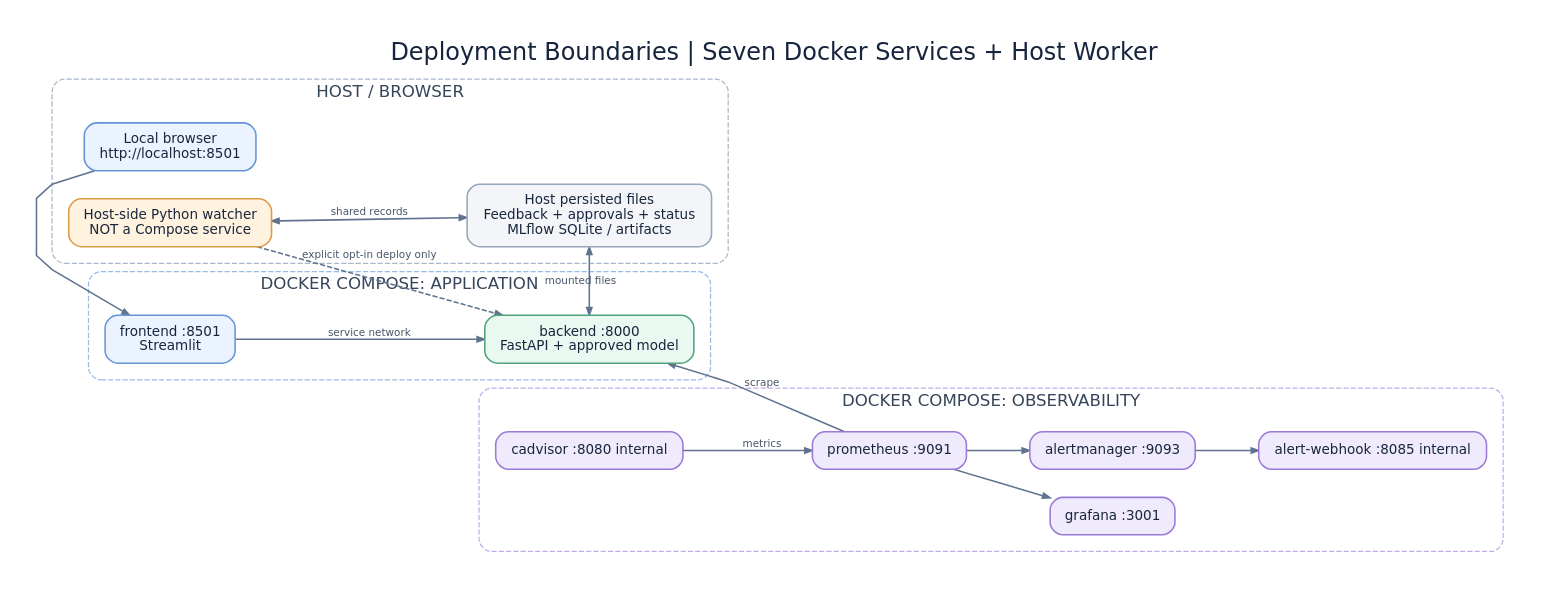
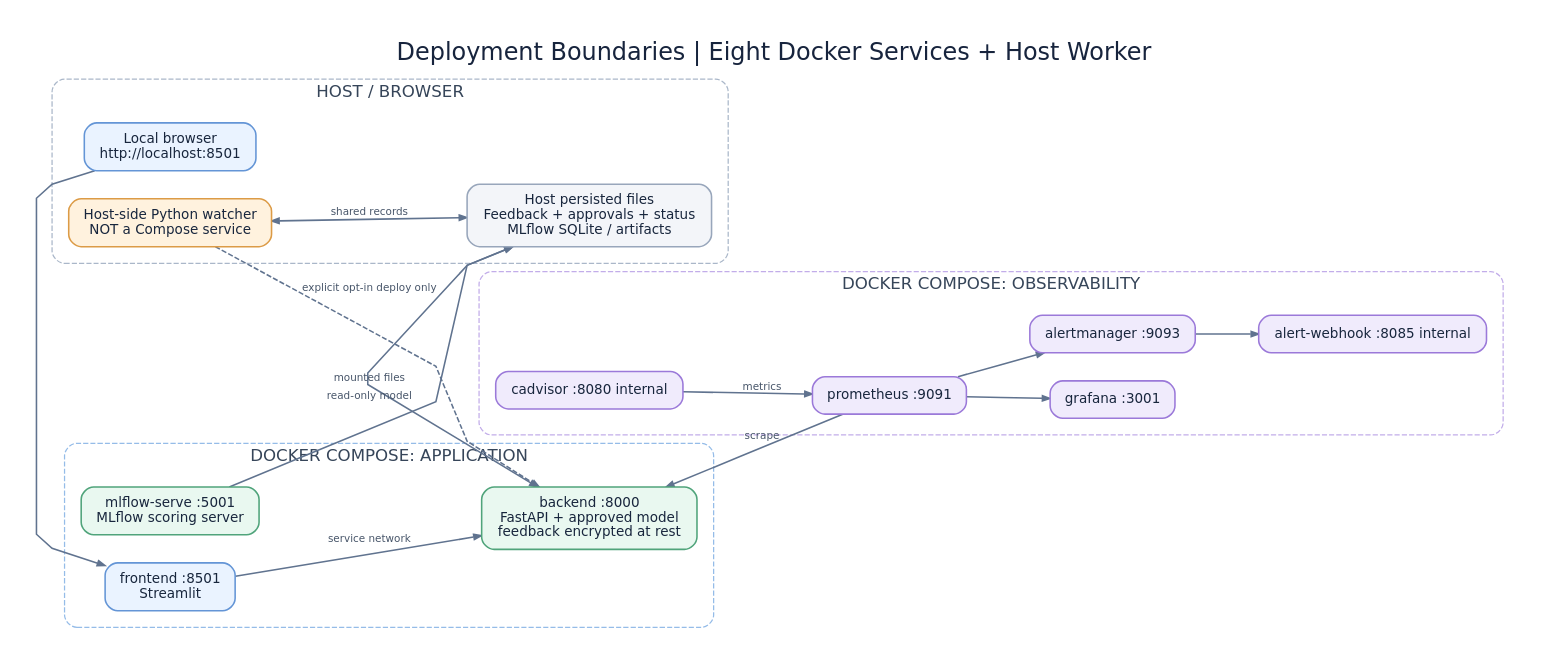
The diagram in architecture_diagrams/07_Docker_Deployment.dot (keerthi-2007/fraud-risk-monitor), drawn with Graphviz before and after one commit. The commit also changed 14 other files, not shown here.

Commit message:
Update HLD, LLD, architecture, user manual, test report and diagrams for encryption, Spark transform, MLflow serving

```diff
--- a/architecture_diagrams/07_Docker_Deployment.dot
+++ b/architecture_diagrams/07_Docker_Deployment.dot
@@ -1,33 +1,36 @@
 digraph G {
  graph [rankdir=LR, splines=polyline, bgcolor="white", labelloc=t, fontname="DejaVu Sans", fontsize=23, fontcolor="#17243D", pad="0.38", nodesep="0.37", ranksep="0.83", outputorder=edgesfirst];
  node [shape=box, style="rounded,filled", fontname="DejaVu Sans", fontsize=13, fontcolor="#18263D", color="#9AAAC0", fillcolor="#F5F8FC", penwidth=1.5, margin="0.18,0.13"];
  edge [fontname="DejaVu Sans", fontsize=10, color="#60738F", fontcolor="#475569", arrowsize=0.72, penwidth=1.5];
-label="Deployment Boundaries | Seven Docker Services + Host Worker";
+label="Deployment Boundaries | Eight Docker Services + Host Worker";
 subgraph cluster_outside { label="HOST / BROWSER"; fontsize=16; fontname="DejaVu Sans"; fontcolor="#364559"; color="#AAB7C9"; style="rounded,dashed"; penwidth=1.2; margin=16;
 browser [label="Local browser
 http://localhost:8501", fillcolor="#EAF3FF", color="#6495D6"];
 watcher [label="Host-side Python watcher
 NOT a Compose service", fillcolor="#FFF2DE", color="#DC9B46"];
 files [label="Host persisted files
 Feedback + approvals + status
 MLflow SQLite / artifacts", fillcolor="#F3F5F9", color="#98A6BB"];
 
 }
 subgraph cluster_app { label="DOCKER COMPOSE: APPLICATION"; fontsize=16; fontname="DejaVu Sans"; fontcolor="#364559"; color="#95BCE8"; style="rounded,dashed"; penwidth=1.2; margin=16;
 frontend [label="frontend :8501
 Streamlit", fillcolor="#EAF3FF", color="#6495D6"];
 backend [label="backend :8000
-FastAPI + approved model", fillcolor="#E9F8F0", color="#50A47B"];
+FastAPI + approved model
+feedback encrypted at rest", fillcolor="#E9F8F0", color="#50A47B"];
+mlserve [label="mlflow-serve :5001
+MLflow scoring server", fillcolor="#E9F8F0", color="#50A47B"];
 
 }
 subgraph cluster_monitor { label="DOCKER COMPOSE: OBSERVABILITY"; fontsize=16; fontname="DejaVu Sans"; fontcolor="#364559"; color="#C2ADE9"; style="rounded,dashed"; penwidth=1.2; margin=16;
 prom [label="prometheus :9091", fillcolor="#F0EBFC", color="#9B79D9"];
 graf [label="grafana :3001", fillcolor="#F0EBFC", color="#9B79D9"];
 cadvisor [label="cadvisor :8080 internal", fillcolor="#F0EBFC", color="#9B79D9"];
 alert [label="alertmanager :9093", fillcolor="#F0EBFC", color="#9B79D9"];
 webhook [label="alert-webhook :8085 internal", fillcolor="#F0EBFC", color="#9B79D9"];
 
 }
 
-browser -> frontend; frontend -> backend [label="service network"]; backend -> files [dir=both,label="mounted files"]; watcher -> files [dir=both,label="shared records"]; watcher -> backend [style=dashed,label="explicit opt-in deploy only"]; backend -> prom [dir=back,label="scrape"]; cadvisor -> prom [label="metrics"]; prom -> graf; prom -> alert; alert -> webhook;
+browser -> frontend; frontend -> backend [label="service network"]; backend -> files [dir=both,label="mounted files"]; mlserve -> files [label="read-only model"]; watcher -> files [dir=both,label="shared records"]; watcher -> backend [style=dashed,label="explicit opt-in deploy only"]; backend -> prom [dir=back,label="scrape"]; cadvisor -> prom [label="metrics"]; prom -> graf; prom -> alert; alert -> webhook;
 }
```
